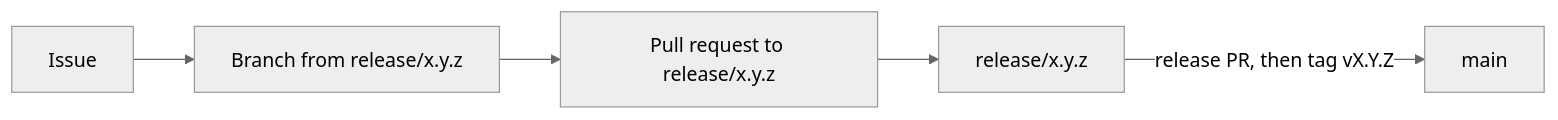
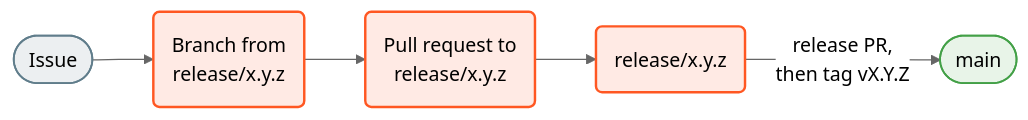
The diagram in CONTRIBUTING.md (scub-france/SmolDocling-visualizer), drawn with Mermaid (neutral theme) before and after one commit. The commit also changed 10 other files, not shown here.

First line of the commit message:
docs: restyle the Mermaid diagrams (#340)

````diff
--- a/CONTRIBUTING.md
+++ b/CONTRIBUTING.md
@@ -5,7 +5,14 @@
 ```mermaid
 flowchart LR
-    Issue --> Branch["Branch from release/x.y.z"]
-    Branch --> PR["Pull request to release/x.y.z"]
-    PR --> Release["release/x.y.z"]
-    Release -->|release PR, then tag vX.Y.Z| Main[main]
+    Issue(["Issue"]) --> Branch("Branch from<br/>release/x.y.z")
+    Branch --> PR("Pull request to<br/>release/x.y.z")
+    PR --> Release("release/x.y.z")
+    Release -->|release PR,<br/>then tag vX.Y.Z| Main(["main"])
+
+    classDef grey fill:#607D8B1F,stroke:#607D8B,stroke-width:1.5px
+    classDef orange fill:#FF57221F,stroke:#FF5722,stroke-width:2px
+    classDef green fill:#43A0471F,stroke:#43A047,stroke-width:1.5px
+    class Issue grey
+    class Branch,PR,Release orange
+    class Main green
 ```
````
